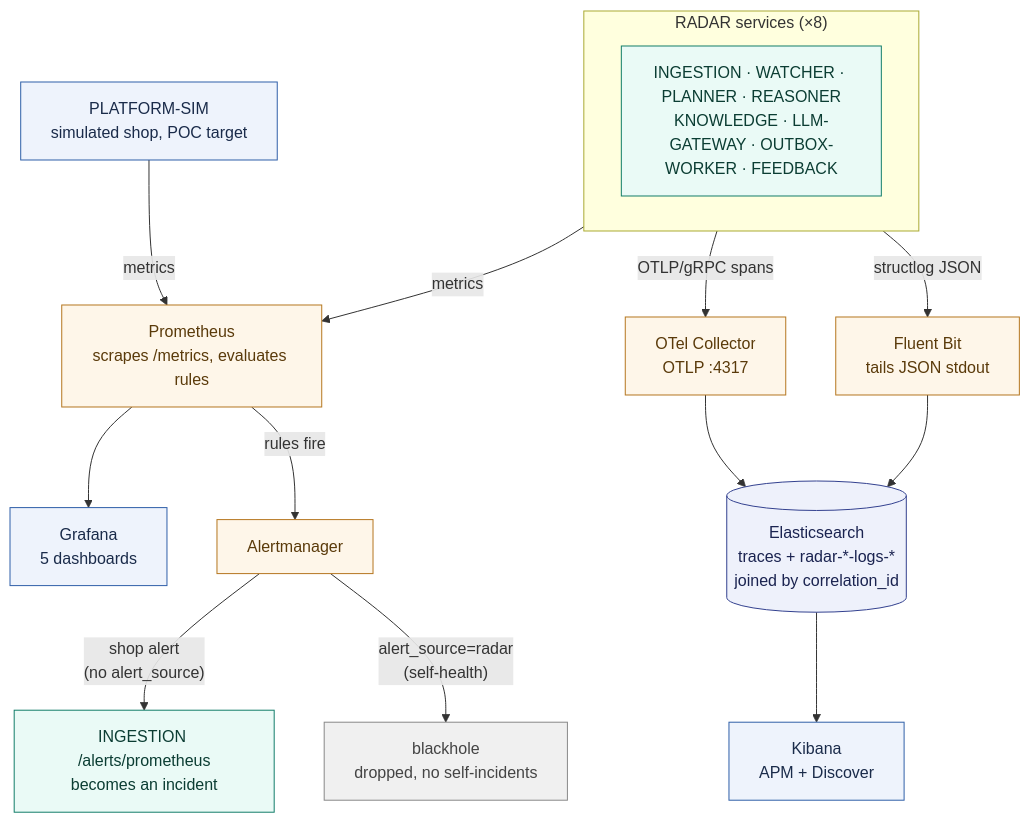
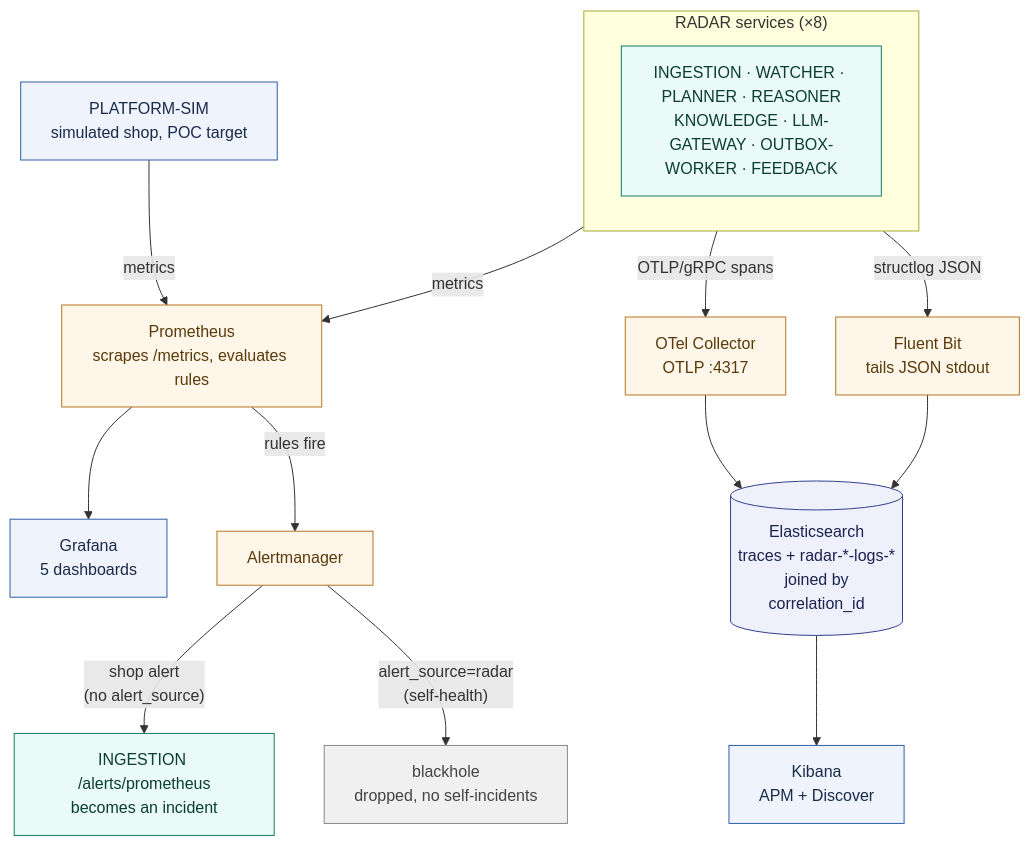
One commit to k-kohli10/radar-system changed the diagram in docs/architecture/observability.md. Above: the diagram before and after it, drawn with Mermaid. The commit also changed 27 other files, not shown here.

````diff
--- a/docs/architecture/observability.md
+++ b/docs/architecture/observability.md
@@ -30,42 +30,42 @@
 ```mermaid
 flowchart TB
     SIM["PLATFORM-SIM<br/>simulated shop, POC target"]:::ext
 
     subgraph RADAR["RADAR services (×8)"]
       direction LR
       SVC["INGESTION · WATCHER · PLANNER · REASONER<br/>KNOWLEDGE · LLM-GATEWAY · OUTBOX-WORKER · FEEDBACK"]:::agent
     end
 
     PROM["Prometheus<br/>scrapes /metrics, evaluates rules"]:::infra
     OTELC["OTel Collector<br/>OTLP :4317"]:::infra
     FB["Fluent Bit<br/>tails JSON stdout"]:::infra
     AM["Alertmanager"]:::infra
-    ES[("Elasticsearch<br/>traces + radar-*-logs-*<br/>joined by correlation_id")]:::store
+    ES[("Elasticsearch<br/>traces + radar-*-logs-*<br/>joined by<br/>correlation_id")]:::store
 
     GRAF["Grafana<br/>5 dashboards"]:::ext
     KIB["Kibana<br/>APM + Discover"]:::ext
     ING["INGESTION /alerts/prometheus<br/>becomes an incident"]:::agent
     BH["blackhole<br/>dropped, no self-incidents"]:::muted
 
     %% metrics + alerting plane
     SIM -- "metrics" --> PROM
     SVC -- "metrics" --> PROM
     PROM --> GRAF
     PROM -- "rules fire" --> AM
     AM -- "shop alert<br/>(no alert_source)" --> ING
     AM -- "alert_source=radar<br/>(self-health)" --> BH
 
     %% traces plane
     SVC -- "OTLP/gRPC spans" --> OTELC --> ES
 
     %% logs plane
     SVC -- "structlog JSON" --> FB --> ES
 
     ES --> KIB
 
     classDef ext fill:#eef3fc,stroke:#2f5fa8,color:#1a2b4a;
     classDef agent fill:#eafaf6,stroke:#127d69,color:#0b3d33;
     classDef store fill:#eef1fb,stroke:#33418f,color:#1a2350;
     classDef infra fill:#fef6e9,stroke:#b5761f,color:#5a3a0a;
     classDef muted fill:#f0f0f0,stroke:#888888,color:#444444;
 ```
````
